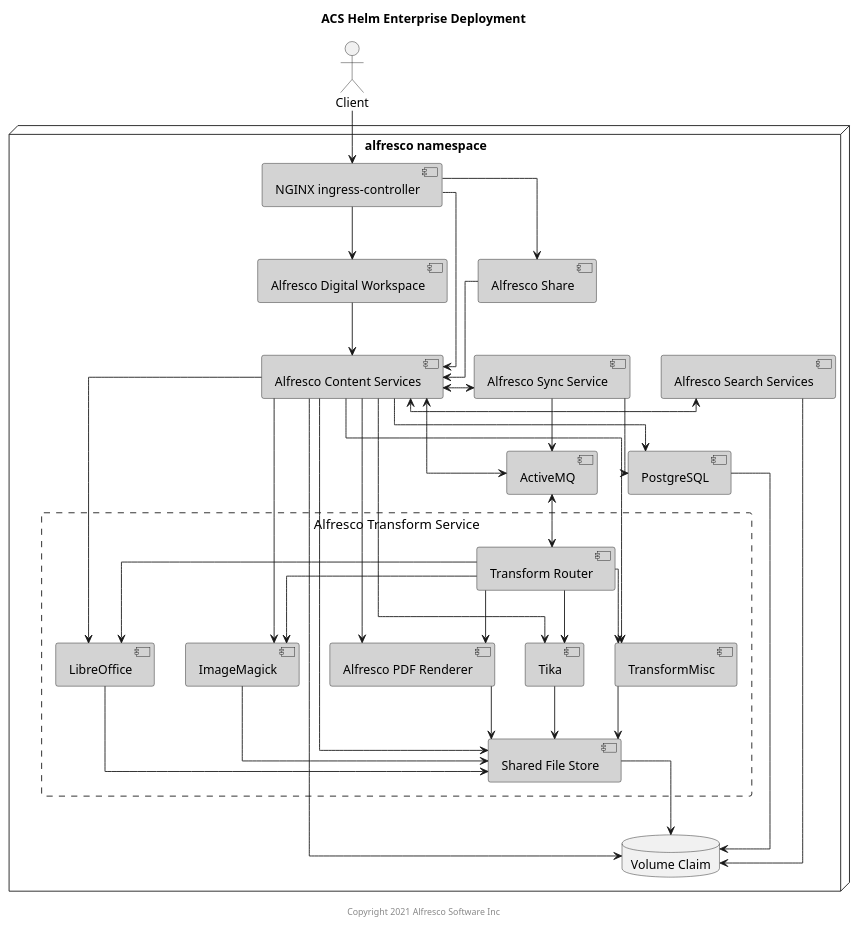
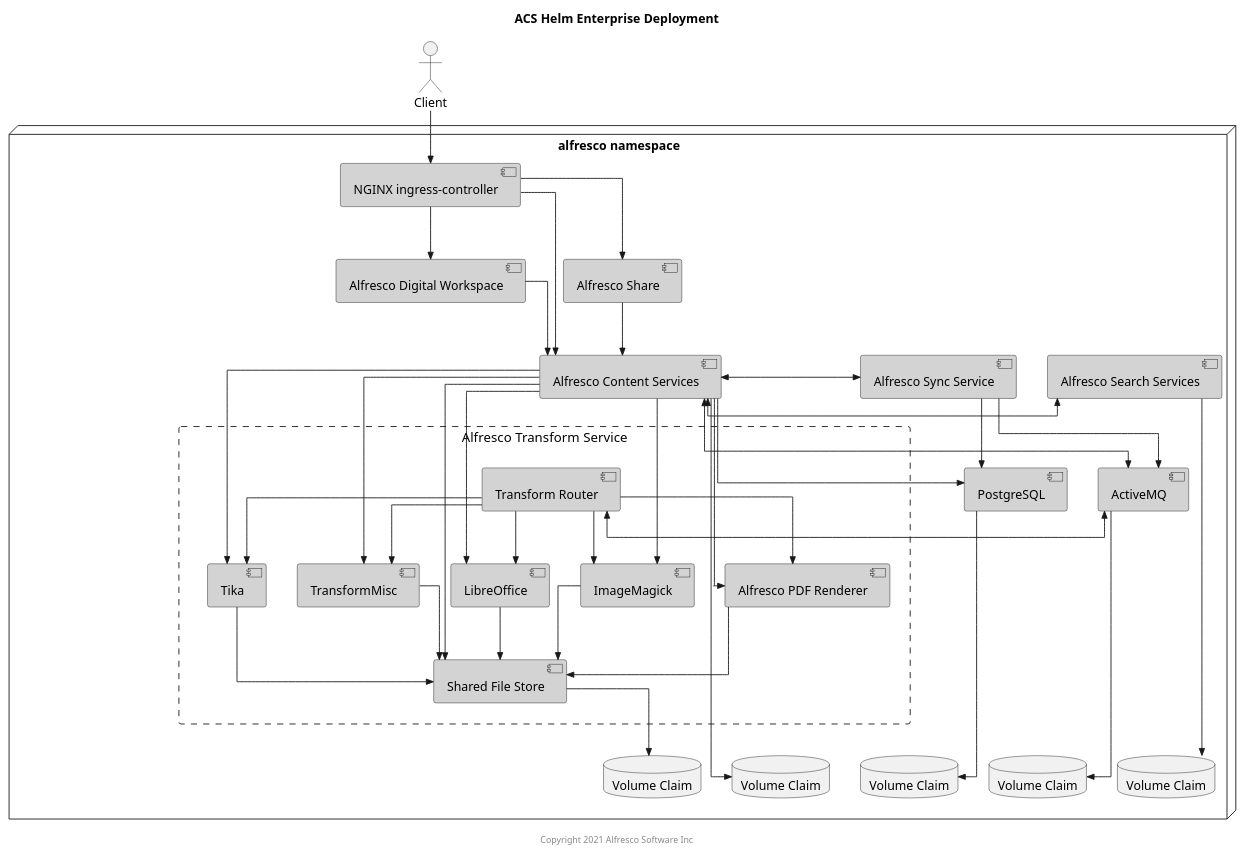
One commit to Alfresco/acs-deployment changed the diagram in docs/helm/diagrams/helm-enterprise.puml. Above: the diagram before and after it, drawn with PlantUML. The commit also changed 8 other files, not shown here.

Commit message:
amend puml diagrams

```diff
--- a/docs/helm/diagrams/helm-enterprise.puml
+++ b/docs/helm/diagrams/helm-enterprise.puml
@@ -1,76 +1,86 @@
 @startuml
 
 Title: ACS Helm Enterprise Deployment
 
 skinparam componentStyle uml2
 skinparam linetype ortho
 skinparam rectangle {
     BorderStyle dashed
     FontSize 15
     FontStyle none
 }
 
 actor Client
 
 node "alfresco namespace" {
     component "NGINX ingress-controller" as nginx #lightgrey
     component "Alfresco Digital Workspace" as adw #lightgrey
-    component "Alfresco Content Services" as acs #lightgrey
+    together {
+        component "Alfresco Share" as share #lightgrey
+        component "Alfresco Content Services" as acs #lightgrey
+    }
     component "Alfresco Search Services" as ass #lightgrey
     component "Alfresco Sync Service" as sync #lightgrey
     component "PostgreSQL" as psql #lightgrey
-    component "Alfresco Share" as share #lightgrey
     component "ActiveMQ" as amq #lightgrey
-    database "Volume Claim" as vc
-    rectangle "Alfresco Transform Service" {
+    together {
+        database "Volume Claim" as vc1
+        database "Volume Claim" as vc2
+        database "Volume Claim" as vc3
+        database "Volume Claim" as vc4
+        database "Volume Claim" as vc5
+    }
+    rectangle "Alfresco Transform Service" as ats {
         component "Transform Router" as tr #lightgrey
         component "Shared File Store" as sfs #lightgrey
         component "Alfresco PDF Renderer" as pdfr #lightgrey
         component "LibreOffice" as libr #lightgrey
         component "ImageMagick" as img #lightgrey
         component "Tika" as tika #lightgrey
         component "TransformMisc" as misc #lightgrey
     }
 }
 
-Client --> nginx
+Client -->> nginx
 
-nginx --> acs
-nginx --> share
-nginx --> adw
+nginx -->> acs
+nginx -->> share
+nginx -->> adw
 
-acs --> vc
-ass --> vc
-psql --> vc
-sfs --> vc
+acs -[hidden]- ats
+acs -->> vc1
+ass -->> vc2
+psql -->> vc3
+sfs -->> vc4
+amq -->> vc5
 
-ass <-left-> acs
-acs --> psql
-acs --> pdfr
-acs --> libr
-acs --> img
-acs --> tika
-acs --> misc
-acs --> sfs
-acs <--> amq
-tr --> pdfr
-tr --> libr
-tr --> img
-tr --> tika
-tr --> misc
-tr <-up-> amq
-pdfr --> sfs
-libr --> sfs
-img --> sfs
-tika --> sfs
-misc --> sfs
-share --> acs
-adw --> acs
+acs -->> psql
+acs -->> pdfr
+acs -->> libr
+acs -->> img
+acs -->> tika
+acs -->> misc
+acs -->> sfs
+acs <<-->> amq
+tr -->> pdfr
+tr -->> libr
+tr -->> img
+tr -->> tika
+tr -->> misc
+tr <<-up->> amq
+pdfr -->> sfs
+libr -->> sfs
+img -->> sfs
+tika -->> sfs
+misc -->> sfs
+share -->> acs
+adw -->> acs
 
-sync <-left-> acs
-sync --> psql
-sync --> amq
+sync <<->> acs
+acs <<->> ass
+sync -->> psql
+sync -->> amq
 
 center footer Copyright 2021 Alfresco Software Inc
 
 @enduml
```
